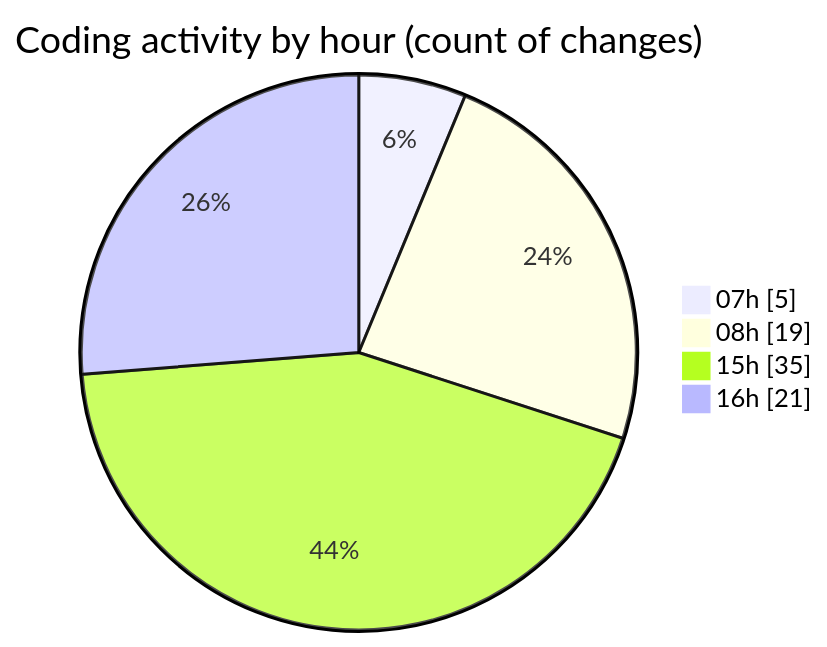
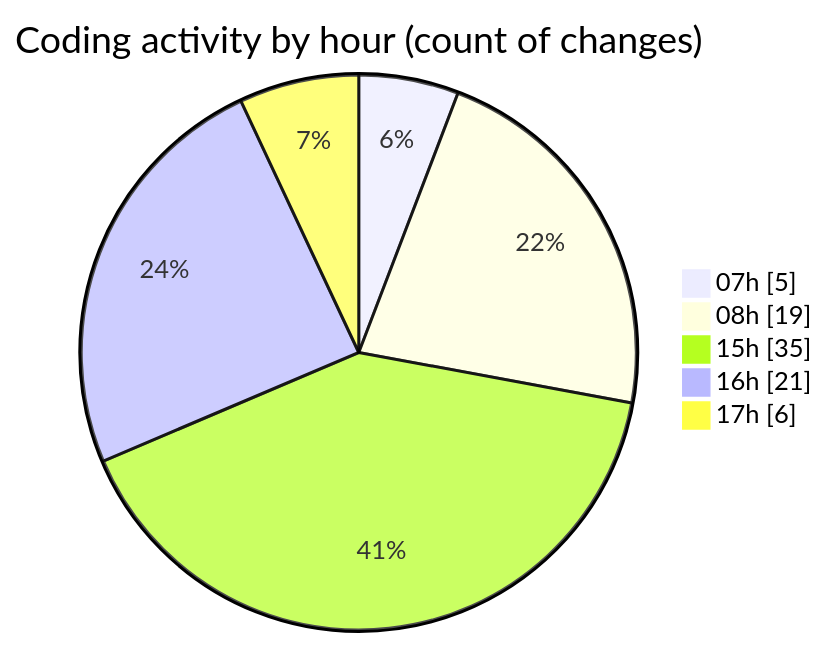
One commit to robertbonfada/code-tracking changed the second of 2 diagrams in 2025-02-07/mbc-web/README.md. Above: the diagram before and after it, drawn with Mermaid. The commit also changed other lines of this file and 1 other file, not shown here.

````diff
--- a/2025-02-07/mbc-web/README.md
+++ b/2025-02-07/mbc-web/README.md
@@ -41,8 +45,9 @@
 ```mermaid
 pie showData
 title Coding activity by hour (count of changes)
 "07h" : 5
 "08h" : 19
 "15h" : 35
 "16h" : 21
+"17h" : 6
 ```
````
